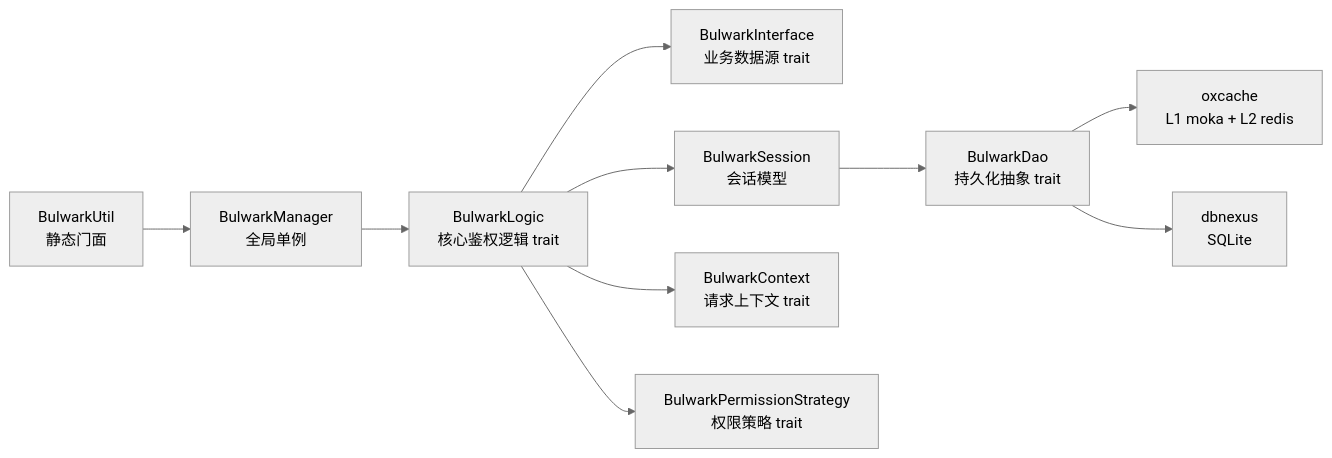
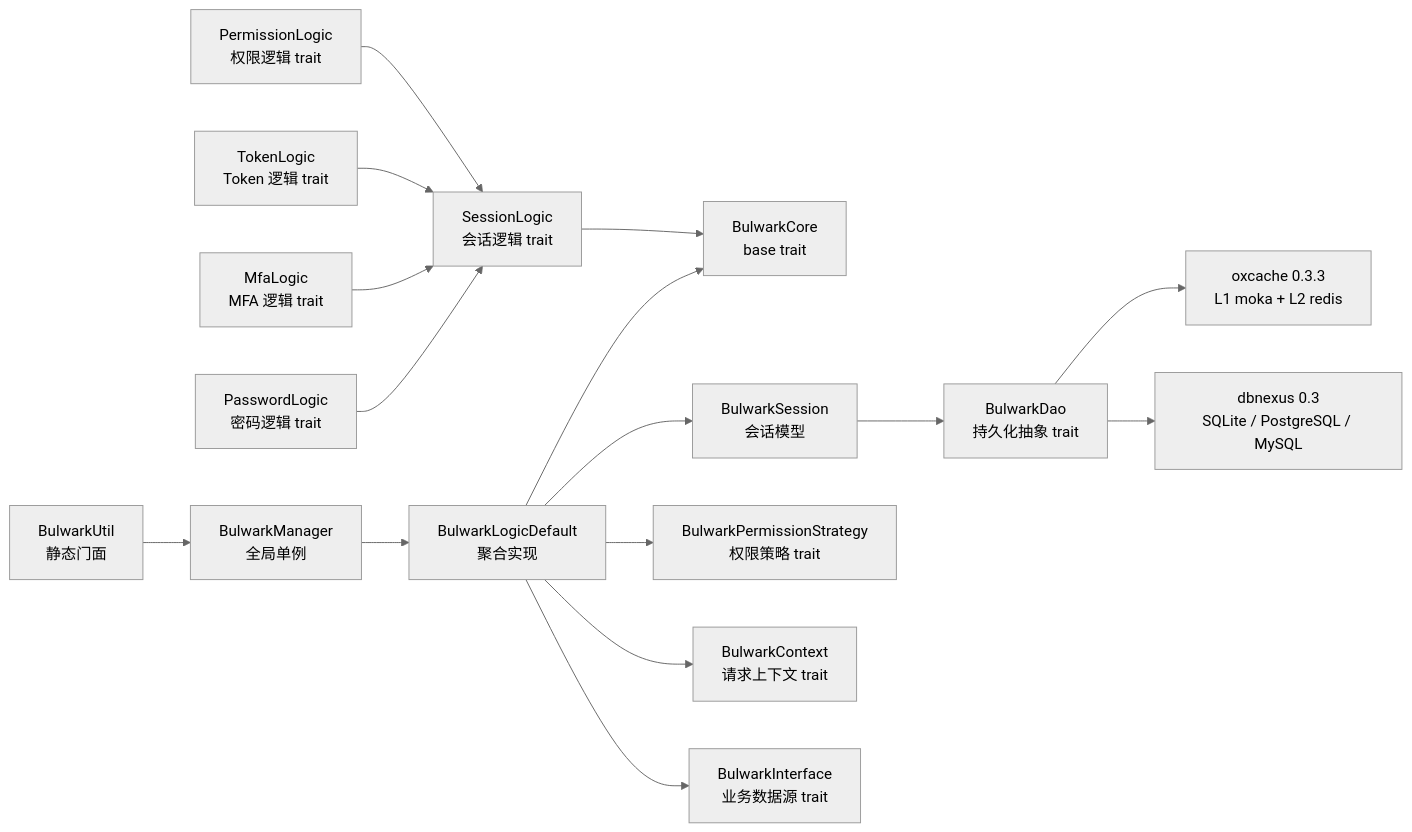
One commit to Kirky-X/garrison changed the second of 3 diagrams in docs/ARCHITECTURE.md. Above: the diagram before and after it, drawn with Mermaid (neutral theme). The commit also changed other lines of this file and 9 other files, not shown here.

````diff
--- a/docs/ARCHITECTURE.md
+++ b/docs/ARCHITECTURE.md
@@ -160,21 +163,32 @@
 ```mermaid
 graph LR
-    BL[BulwarkLogic<br/>核心鉴权逻辑 trait]
+    BC[BulwarkCore<br/>base trait]
+    SL[SessionLogic<br/>会话逻辑 trait]
+    PL[PermissionLogic<br/>权限逻辑 trait]
+    TL[TokenLogic<br/>Token 逻辑 trait]
+    ML[MfaLogic<br/>MFA 逻辑 trait]
+    PWL[PasswordLogic<br/>密码逻辑 trait]
     BI[BulwarkInterface<br/>业务数据源 trait]
     BD[BulwarkDao<br/>持久化抽象 trait]
     BS[BulwarkSession<br/>会话模型]
-    BC[BulwarkContext<br/>请求上下文 trait]
+    BCtx[BulwarkContext<br/>请求上下文 trait]
     BFS[BulwarkPermissionStrategy<br/>权限策略 trait]
     BM[BulwarkManager<br/>全局单例]
     BU[BulwarkUtil<br/>静态门面]
 
     BU --> BM
-    BM --> BL
-    BL --> BS
-    BL --> BFS
-    BL --> BC
+    BM --> BLD[BulwarkLogicDefault<br/>聚合实现]
+    BLD --> BC
+    SL --> BC
+    PL --> SL
+    TL --> SL
+    ML --> SL
+    PWL --> SL
+    BLD --> BS
+    BLD --> BFS
+    BLD --> BCtx
     BS --> BD
-    BL --> BI
-    BD --> oxcache[oxcache<br/>L1 moka + L2 redis]
-    BD --> dbnexus[dbnexus<br/>SQLite]
+    BLD --> BI
+    BD --> oxcache[oxcache 0.3.3<br/>L1 moka + L2 redis]
+    BD --> dbnexus[dbnexus 0.3<br/>SQLite / PostgreSQL / MySQL]
 ```
````
